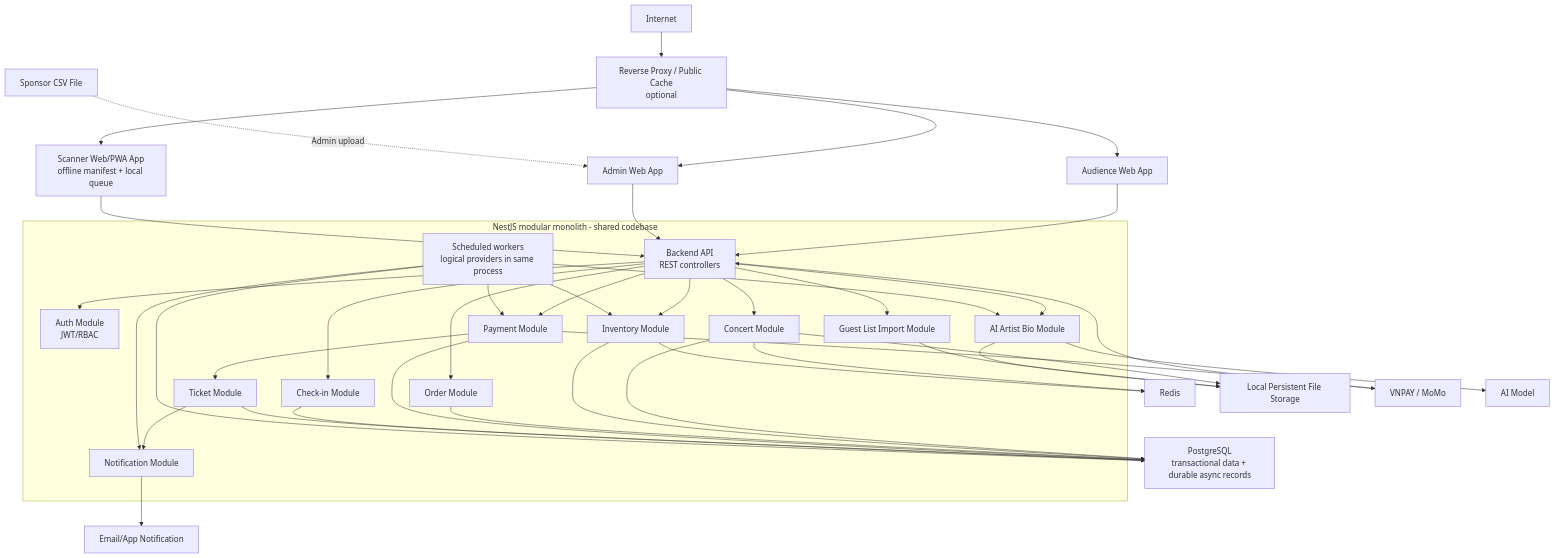
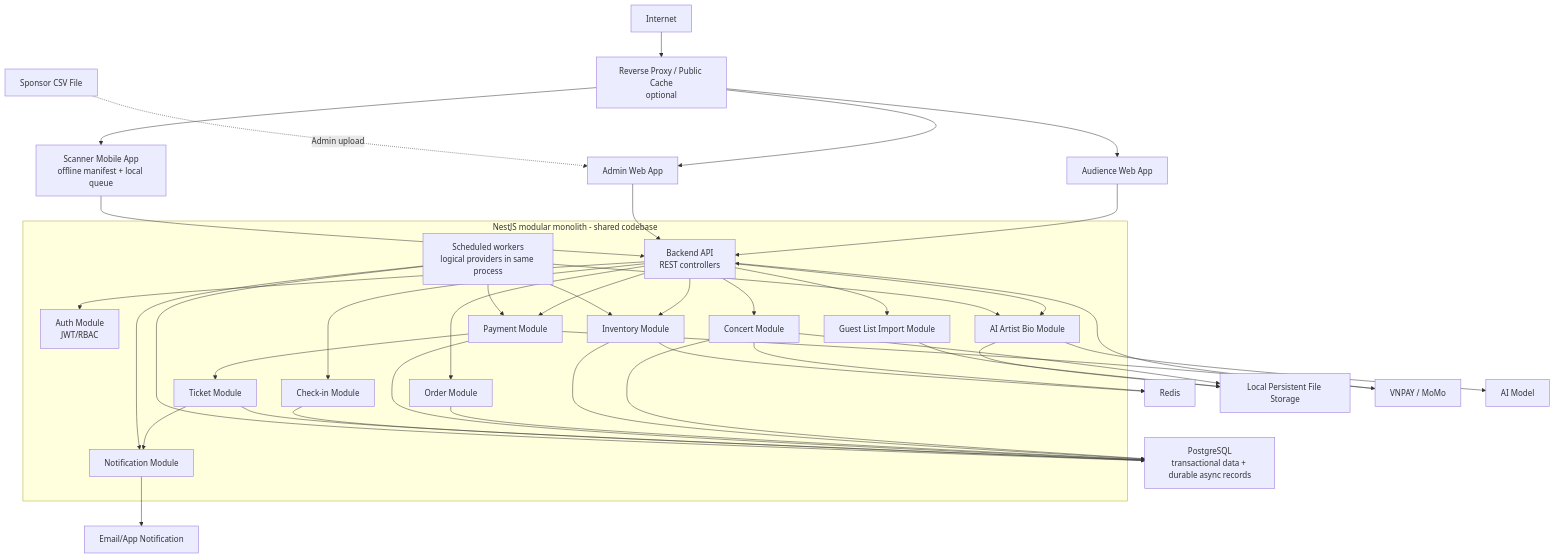
One commit to Toanapr/ticket-box changed the first of 2 diagrams in blueprint/03-high-level-architecture.md. Above: the diagram before and after it, drawn with Mermaid. The commit also changed other lines of this file and 57 other files, not shown here.

````diff
--- a/blueprint/03-high-level-architecture.md
+++ b/blueprint/03-high-level-architecture.md
@@ -7,76 +7,76 @@
 ```mermaid
 flowchart TD
     Internet["Internet"]
     Edge["Reverse Proxy / Public Cache<br/>optional"]
     AudienceWeb["Audience Web App"]
     AdminWeb["Admin Web App"]
-    ScannerApp["Scanner Web/PWA App<br/>offline manifest + local queue"]
+    ScannerApp["Scanner Mobile App<br/>offline manifest + local queue"]
 
     subgraph Backend["NestJS modular monolith - shared codebase"]
         API["Backend API<br/>REST controllers"]
         Worker["Scheduled workers<br/>logical providers in same process"]
         Auth["Auth Module<br/>JWT/RBAC"]
         Concert["Concert Module"]
         Inventory["Inventory Module"]
         Order["Order Module"]
         PaymentModule["Payment Module"]
         Ticket["Ticket Module"]
         Checkin["Check-in Module"]
         Notify["Notification Module"]
         GuestImport["Guest List Import Module"]
         AIBio["AI Artist Bio Module"]
     end
 
     Postgres["PostgreSQL<br/>transactional data + durable async records"]
     Redis["Redis"]
     Storage["Local Persistent File Storage"]
 
     PaymentGateway["VNPAY / MoMo"]
     AIModel["AI Model"]
     CSVFile["Sponsor CSV File"]
     EmailProvider["Email/App Notification"]
 
     Internet --> Edge
     Edge --> AudienceWeb
     Edge --> AdminWeb
     Edge --> ScannerApp
 
     AudienceWeb --> API
     AdminWeb --> API
     ScannerApp --> API
 
     API --> Auth
     API --> Concert
     API --> Inventory
     API --> Order
     API --> PaymentModule
     API --> Checkin
     API --> GuestImport
     API --> AIBio
     PaymentModule --> Ticket
     Ticket --> Notify
     Worker --> Inventory
     Worker --> Notify
     Worker --> AIBio
     Worker --> PaymentModule
 
     Concert --> Postgres
     Concert --> Redis
     Concert --> Storage
     Inventory --> Postgres
     Inventory --> Redis
     Order --> Postgres
     PaymentModule --> Postgres
     Ticket --> Postgres
     Checkin --> Postgres
 
     Worker --> Postgres
 
     PaymentModule --> PaymentGateway
     PaymentGateway --> API
     Notify --> EmailProvider
     GuestImport --> Storage
     CSVFile -. "Admin upload" .-> AdminWeb
     AIBio --> Storage
     AIBio --> AIModel
 ```
````
